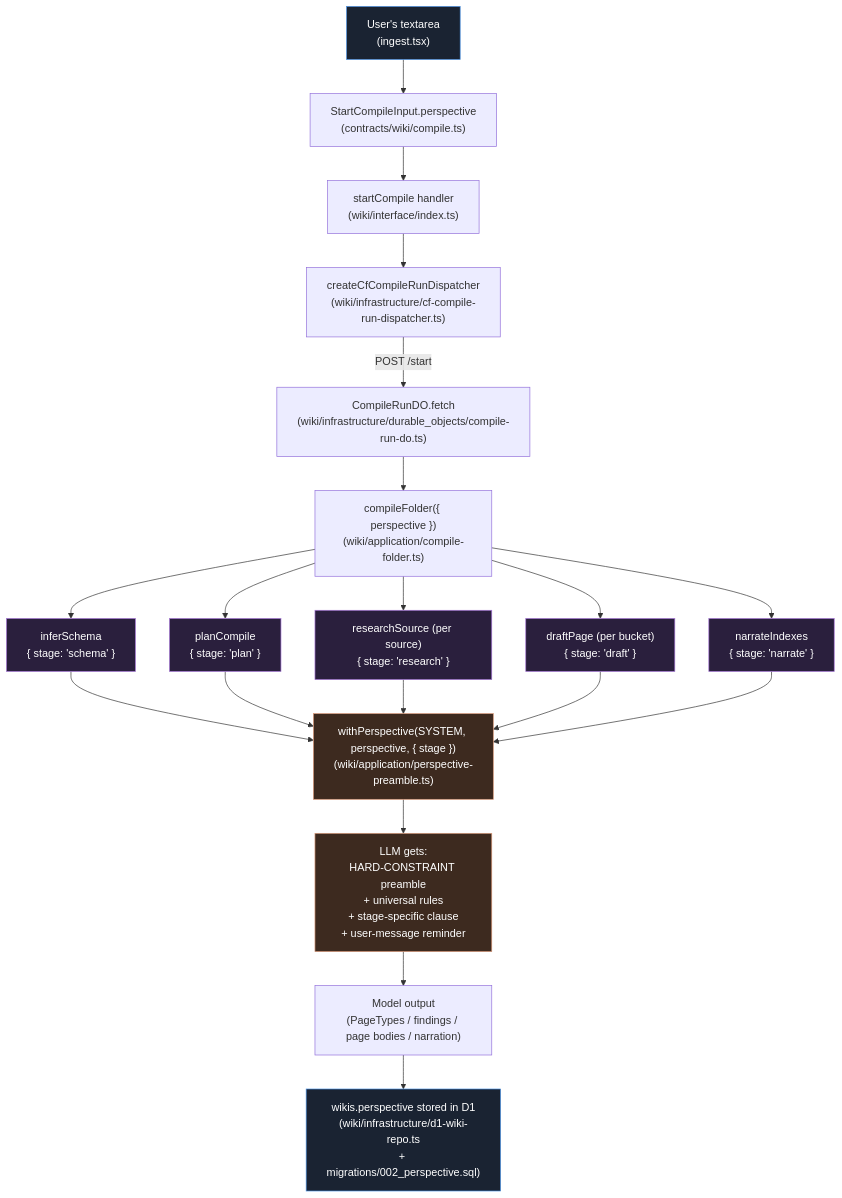
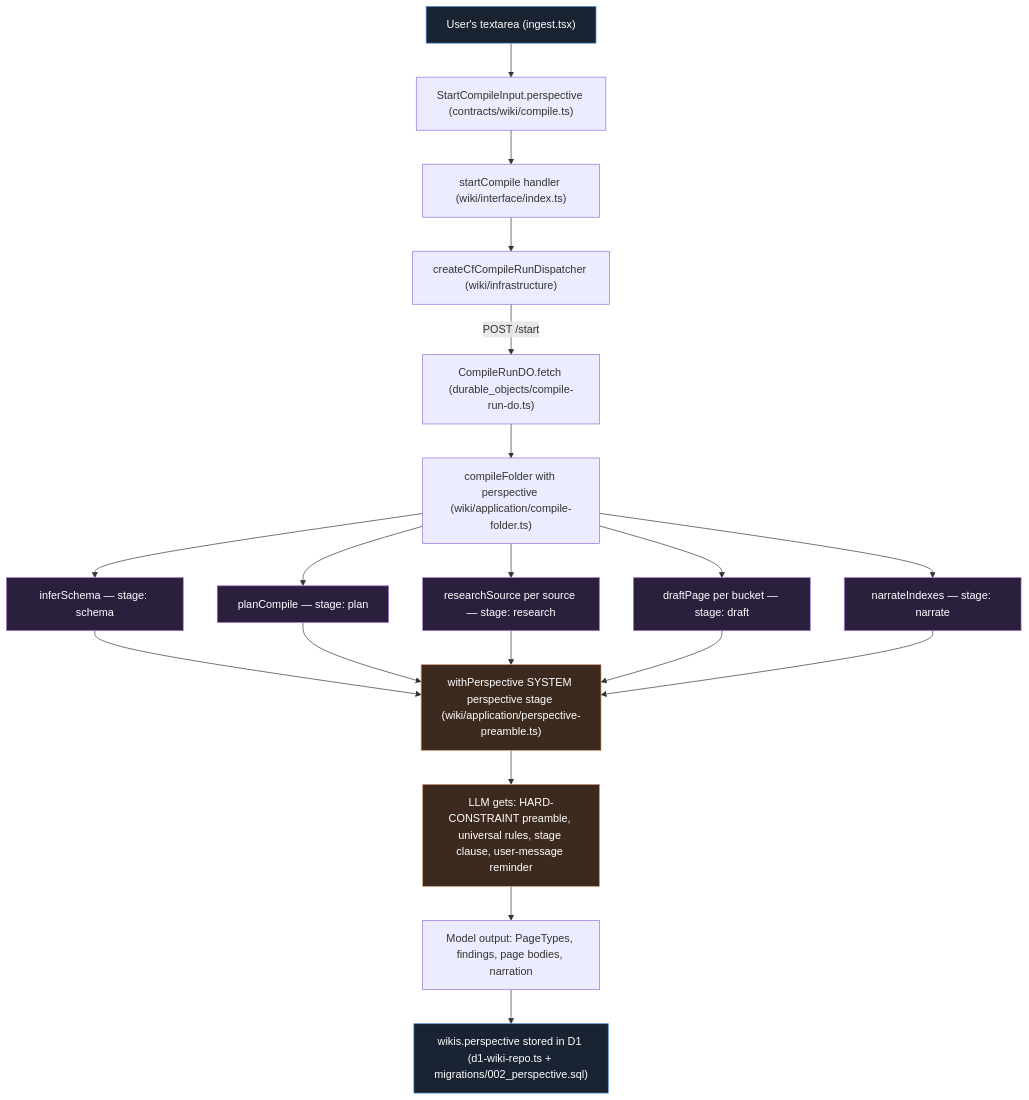
The first of 2 diagrams in docs/architecture/perspective-flow.md (tonestrike/knowledge-base-wiki), drawn with Mermaid before and after one commit. The commit also changed other lines of this file and 1 other file, not shown here.

Commit message:
docs: fix mermaid parse errors + validate all diagrams via mmdc
The @-prefixed bare-bracket labels (e.g. Ingestion[@domain/ingestion])
choke mermaid's parser — the @ in a node label needs quotes. Same
treatment for cylinder labels that contain colons / slashes / commas,
and for sequence-diagram participant aliases.

All five diagrams (system-at-a-glance, compile pipeline, chat
sequence, perspective compile flow, perspective chat flow) now render
cleanly through @mermaid-js/mermaid-cli.

````diff
--- a/docs/architecture/perspective-flow.md
+++ b/docs/architecture/perspective-flow.md
@@ -9,32 +9,32 @@
 ```mermaid
 flowchart TD
-    UX["User's textarea<br/>(ingest.tsx)"] --> Contract["StartCompileInput.perspective<br/>(contracts/wiki/compile.ts)"]
-    Contract --> Handler["startCompile handler<br/>(wiki/interface/index.ts)"]
-    Handler --> Client["createCfCompileRunDispatcher<br/>(wiki/infrastructure/cf-compile-run-dispatcher.ts)"]
-    Client -->|POST /start| DO["CompileRunDO.fetch<br/>(wiki/infrastructure/durable_objects/compile-run-do.ts)"]
-    DO --> Run["compileFolder({ perspective })<br/>(wiki/application/compile-folder.ts)"]
+    UX["User's textarea (ingest.tsx)"] --> Contract["StartCompileInput.perspective (contracts/wiki/compile.ts)"]
+    Contract --> Handler["startCompile handler (wiki/interface/index.ts)"]
+    Handler --> Client["createCfCompileRunDispatcher (wiki/infrastructure)"]
+    Client -->|"POST /start"| DO["CompileRunDO.fetch (durable_objects/compile-run-do.ts)"]
+    DO --> Run["compileFolder with perspective (wiki/application/compile-folder.ts)"]
 
-    Run --> Stage1["inferSchema<br/>{ stage: 'schema' }"]
-    Run --> Stage2["planCompile<br/>{ stage: 'plan' }"]
-    Run --> Stage3["researchSource (per source)<br/>{ stage: 'research' }"]
-    Run --> Stage4["draftPage (per bucket)<br/>{ stage: 'draft' }"]
-    Run --> Stage5["narrateIndexes<br/>{ stage: 'narrate' }"]
+    Run --> Stage1["inferSchema — stage: schema"]
+    Run --> Stage2["planCompile — stage: plan"]
+    Run --> Stage3["researchSource per source — stage: research"]
+    Run --> Stage4["draftPage per bucket — stage: draft"]
+    Run --> Stage5["narrateIndexes — stage: narrate"]
 
     Stage1 --> Helper
     Stage2 --> Helper
     Stage3 --> Helper
     Stage4 --> Helper
     Stage5 --> Helper
 
-    Helper["withPerspective(SYSTEM, perspective, { stage })<br/>(wiki/application/perspective-preamble.ts)"] --> Prompt["LLM gets:<br/>HARD-CONSTRAINT preamble<br/>+ universal rules<br/>+ stage-specific clause<br/>+ user-message reminder"]
+    Helper["withPerspective SYSTEM perspective stage (wiki/application/perspective-preamble.ts)"] --> Prompt["LLM gets: HARD-CONSTRAINT preamble, universal rules, stage clause, user-message reminder"]
 
-    Prompt --> Output["Model output<br/>(PageTypes / findings / page bodies / narration)"]
-    Output --> Persist["wikis.perspective stored in D1<br/>(wiki/infrastructure/d1-wiki-repo.ts<br/>+ migrations/002_perspective.sql)"]
+    Prompt --> Output["Model output: PageTypes, findings, page bodies, narration"]
+    Output --> Persist["wikis.perspective stored in D1 (d1-wiki-repo.ts + migrations/002_perspective.sql)"]
 
     classDef edge fill:#1a2332,stroke:#4a90e2,color:#fff;
     classDef stage fill:#2a1f3d,stroke:#a878d8,color:#fff;
     classDef enforce fill:#3d2a1f,stroke:#d89878,color:#fff;
     class UX,Persist edge;
     class Stage1,Stage2,Stage3,Stage4,Stage5 stage;
     class Helper,Prompt enforce;
 ```
````
